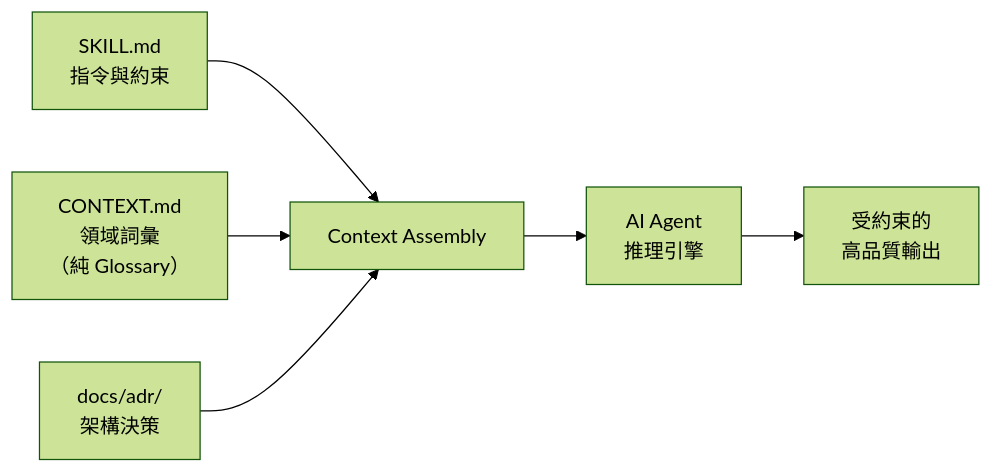
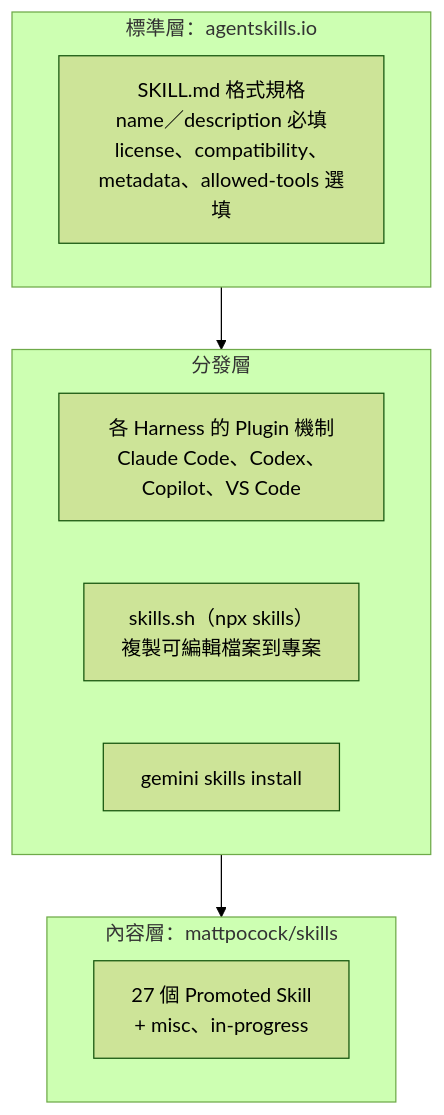
Before and after one commit to chihhung/Blog: the first of 14 diagrams in content/posts/教學/AI開發/mattpocock skills 教學手冊.md, drawn with Mermaid (forest theme). The commit also changed other lines of this file and 1 other file, not shown here.

Commit message:
docs: update copilot cli and mattpocock skills doc

````diff
--- a/content/posts/教學/AI開發/mattpocock skills 教學手冊.md
+++ b/content/posts/教學/AI開發/mattpocock skills 教學手冊.md
@@ -344,8 +336,16 @@
 ```mermaid
-flowchart LR
-    A["SKILL.md<br/>指令與約束"] --> D["Context Assembly"]
-    B["CONTEXT.md<br/>領域詞彙<br/>（純 Glossary）"] --> D
-    C["docs/adr/<br/>架構決策"] --> D
-    D --> E["AI Agent<br/>推理引擎"]
-    E --> F["受約束的<br/>高品質輸出"]
+flowchart TB
+    subgraph L1["標準層：agentskills.io"]
+        S1["SKILL.md 格式規格<br/>name／description 必填<br/>license、compatibility、metadata、allowed-tools 選填"]
+    end
+    subgraph L2["分發層"]
+        D1["各 Harness 的 Plugin 機制<br/>Claude Code、Codex、Copilot、VS Code"]
+        D2["skills.sh（npx skills）<br/>複製可編輯檔案到專案"]
+        D3["gemini skills install"]
+    end
+    subgraph L3["內容層：mattpocock/skills"]
+        C1["27 個 Promoted Skill<br/>+ misc、in-progress"]
+    end
+    L1 --> L2
+    L2 --> L3
 ```
````
